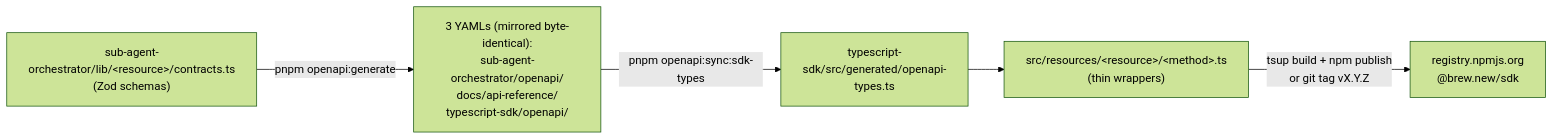
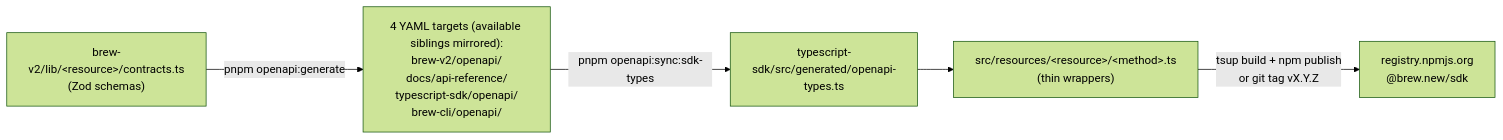
Before and after one commit to GetBrew/typescript-sdk: the diagram in RELEASING.md, drawn with Mermaid (forest theme). The commit also changed other lines of this file and 334 other files, not shown here.

````diff
--- a/RELEASING.md
+++ b/RELEASING.md
@@ -10,8 +10,8 @@
 ```mermaid
 flowchart LR
-  Zod["sub-agent-orchestrator/lib/&lt;resource&gt;/contracts.ts<br/>(Zod schemas)"]
-  Zod -->|pnpm openapi:generate| YAMLs["3 YAMLs (mirrored byte-identical):<br/>sub-agent-orchestrator/openapi/<br/>docs/api-reference/<br/>typescript-sdk/openapi/"]
+  Zod["brew-v2/lib/&lt;resource&gt;/contracts.ts<br/>(Zod schemas)"]
+  Zod -->|pnpm openapi:generate| YAMLs["4 YAML targets (available siblings mirrored):<br/>brew-v2/openapi/<br/>docs/api-reference/<br/>typescript-sdk/openapi/<br/>brew-cli/openapi/"]
   YAMLs -->|pnpm openapi:sync:sdk-types| Generated["typescript-sdk/src/generated/openapi-types.ts"]
   Generated --> Resources["src/resources/&lt;resource&gt;/&lt;method&gt;.ts<br/>(thin wrappers)"]
   Resources -->|tsup build + npm publish<br/>or git tag vX.Y.Z| Registry["registry.npmjs.org<br/>@brew.new/sdk"]
 ```
````
